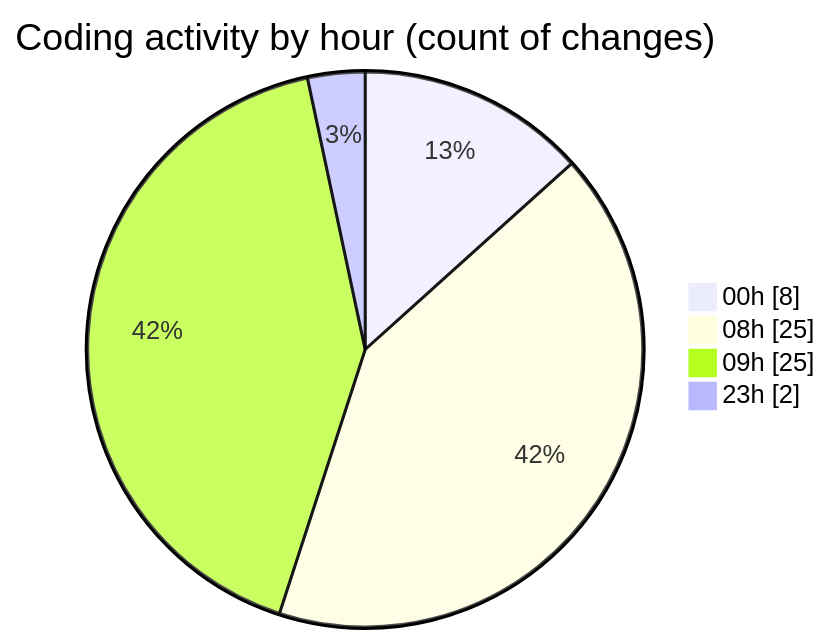
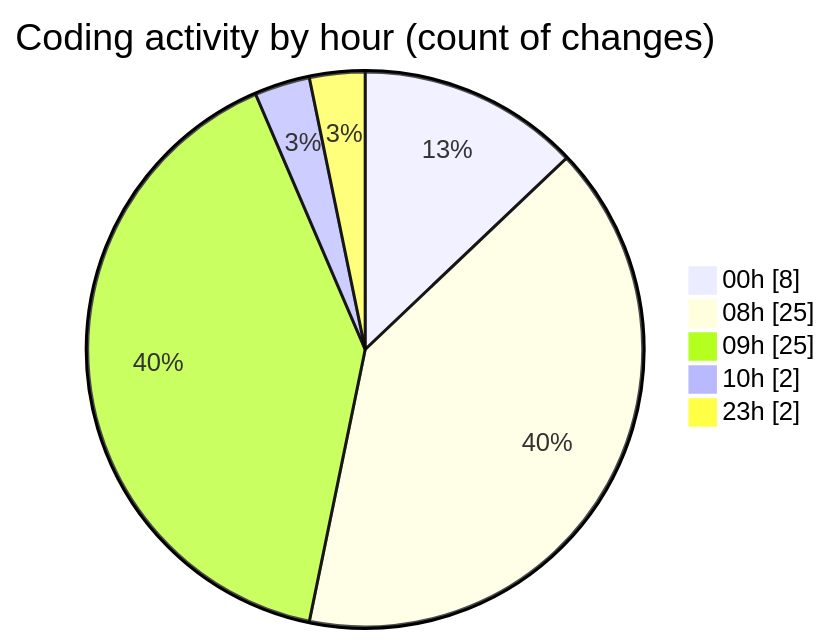
Before and after one commit to EIIisD/code-tracking: the second of 2 diagrams in 2025-08-13/ribbon/README.md, drawn with Mermaid. The commit also changed other lines of this file and 1 other file, not shown here.

````diff
--- a/2025-08-13/ribbon/README.md
+++ b/2025-08-13/ribbon/README.md
@@ -37,8 +38,9 @@
 ```mermaid
 pie showData
 title Coding activity by hour (count of changes)
 "00h" : 8
 "08h" : 25
 "09h" : 25
+"10h" : 2
 "23h" : 2
 ```
````
